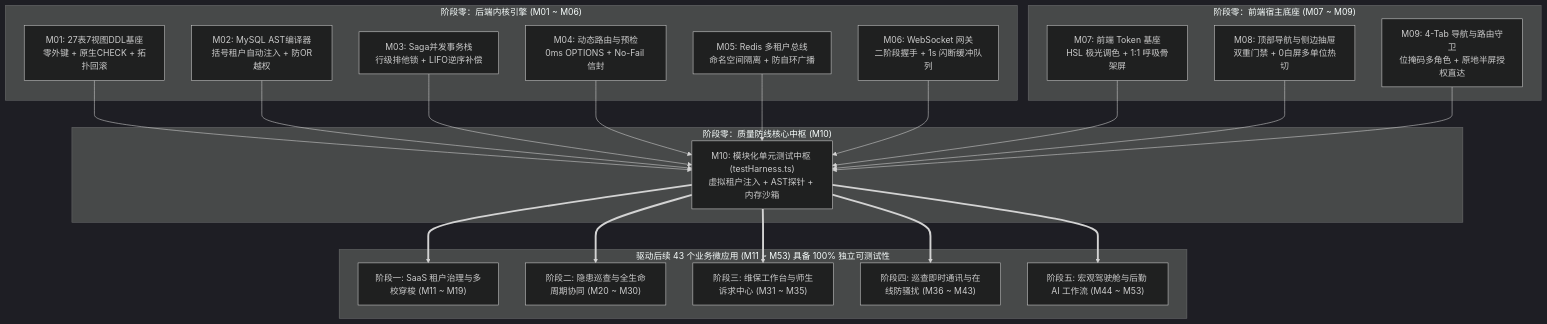
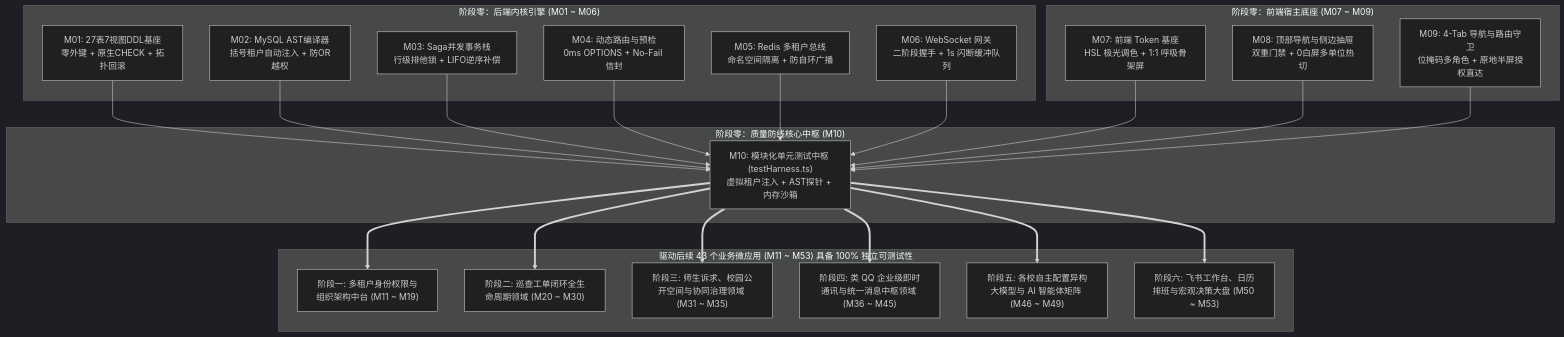
The seventh of 7 diagrams in Docs/模块/M10_模块测试中枢TestHarness与Mock桩点详细设计与实现方案.md (tiany-z/QuickPatrol), drawn with Mermaid (dark theme) before and after one commit. The commit also changed other lines of this file and 812 other files, not shown here.

````diff
--- a/Docs/模块/M10_模块测试中枢TestHarness与Mock桩点详细设计与实现方案.md
+++ b/Docs/模块/M10_模块测试中枢TestHarness与Mock桩点详细设计与实现方案.md
@@ -818,34 +818,35 @@
 ```mermaid
 graph TB
     subgraph PhaseZeroBackend["阶段零：后端内核引擎 (M01 ~ M06)"]
         M01["M01: 27表7视图DDL基座<br/>零外键 + 原生CHECK + 拓扑回滚"]
         M02["M02: MySQL AST编译器<br/>括号租户自动注入 + 防OR越权"]
         M03["M03: Saga并发事务栈<br/>行级排他锁 + LIFO逆序补偿"]
         M04["M04: 动态路由与预检<br/>0ms OPTIONS + No-Fail 信封"]
         M05["M05: Redis 多租户总线<br/>命名空间隔离 + 防自环广播"]
         M06["M06: WebSocket 网关<br/>二阶段握手 + 1s 闪断缓冲队列"]
     end
 
     subgraph PhaseZeroFrontend["阶段零：前端宿主底座 (M07 ~ M09)"]
         M07["M07: 前端 Token 基座<br/>HSL 极光调色 + 1:1 呼吸骨架屏"]
         M08["M08: 顶部导航与侧边抽屉<br/>双重门禁 + 0白屏多单位热切"]
         M09["M09: 4-Tab 导航与路由守卫<br/>位掩码多角色 + 原地半屏授权直达"]
     end
 
     subgraph PhaseZeroSubstrate["阶段零：质量防线核心中枢 (M10)"]
         M10["M10: 模块化单元测试中枢 (testHarness.ts)<br/>虚拟租户注入 + AST探针 + 内存沙箱"]
     end
 
     M01 & M02 & M03 & M04 & M05 & M06 --> M10
     M07 & M08 & M09 --> M10
 
     subgraph DownstreamPhases["驱动后续 43 个业务微应用 (M11 ~ M53) 具备 100% 独立可测试性"]
-        Phase1["阶段一: SaaS 租户治理与多校穿梭 (M11 ~ M19)"]
-        Phase2["阶段二: 隐患巡查与全生命周期协同 (M20 ~ M30)"]
-        Phase3["阶段三: 维保工作台与师生诉求中心 (M31 ~ M35)"]
-        Phase4["阶段四: 巡查即时通讯与在线防骚扰 (M36 ~ M43)"]
-        Phase5["阶段五: 宏观驾驶舱与后勤 AI 工作流 (M44 ~ M53)"]
+        Phase1["阶段一: 多租户身份权限与组织架构中台 (M11 ~ M19)"]
+        Phase2["阶段二: 巡查工单闭环全生命周期领域 (M20 ~ M30)"]
+        Phase3["阶段三: 师生诉求、校园公开空间与协同治理领域 (M31 ~ M35)"]
+        Phase4["阶段四: 类 QQ 企业级即时通讯与统一消息中枢领域 (M36 ~ M45)"]
+        Phase5["阶段五: 各校自主配置异构大模型与 AI 智能体矩阵 (M46 ~ M49)"]
+        Phase6["阶段六: 飞书工作台、日历排班与宏观决策大盘 (M50 ~ M53)"]
     end
 
-    M10 ==> Phase1 & Phase2 & Phase3 & Phase4 & Phase5
+    M10 ==> Phase1 & Phase2 & Phase3 & Phase4 & Phase5 & Phase6
 ```
````
